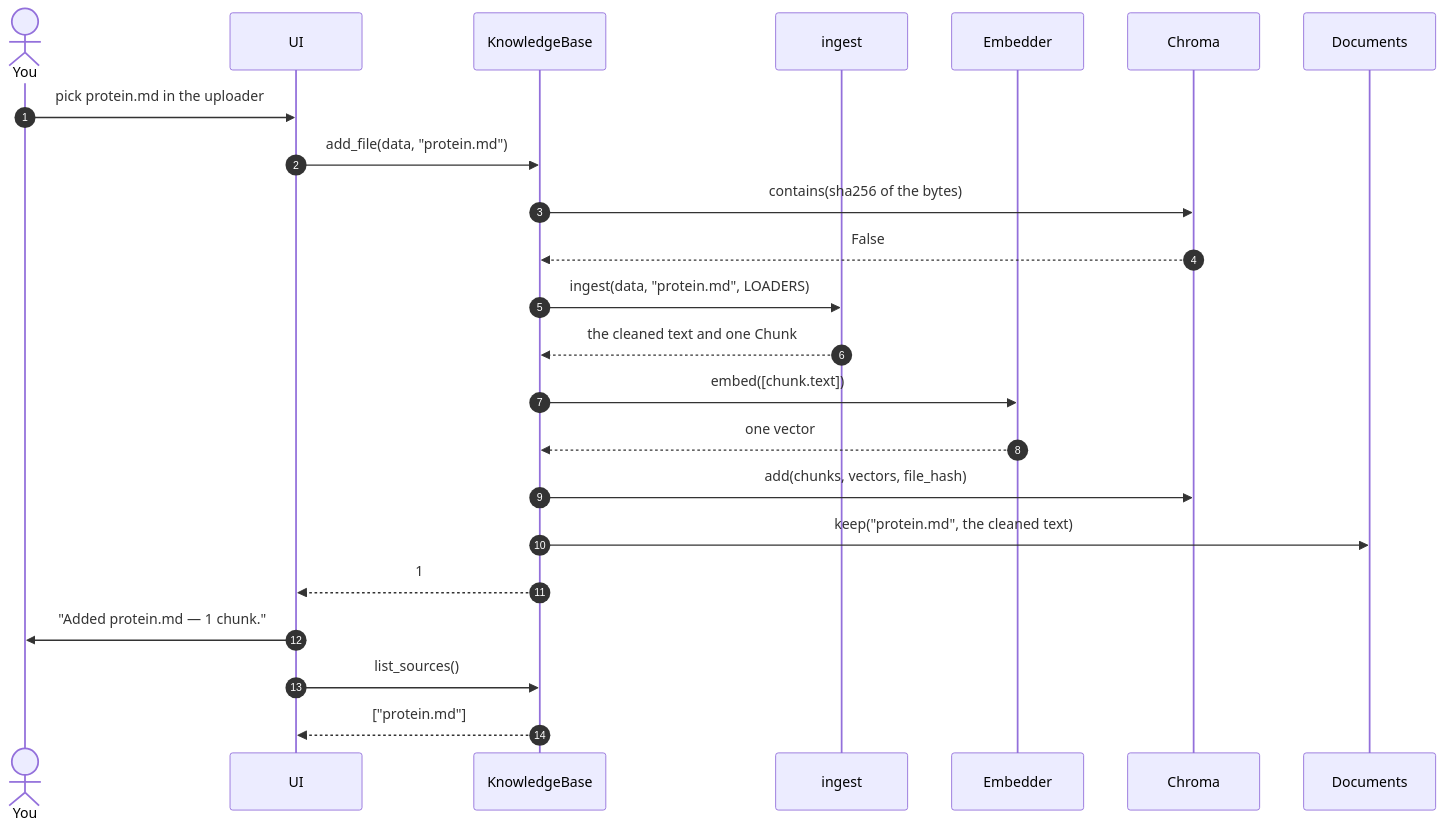
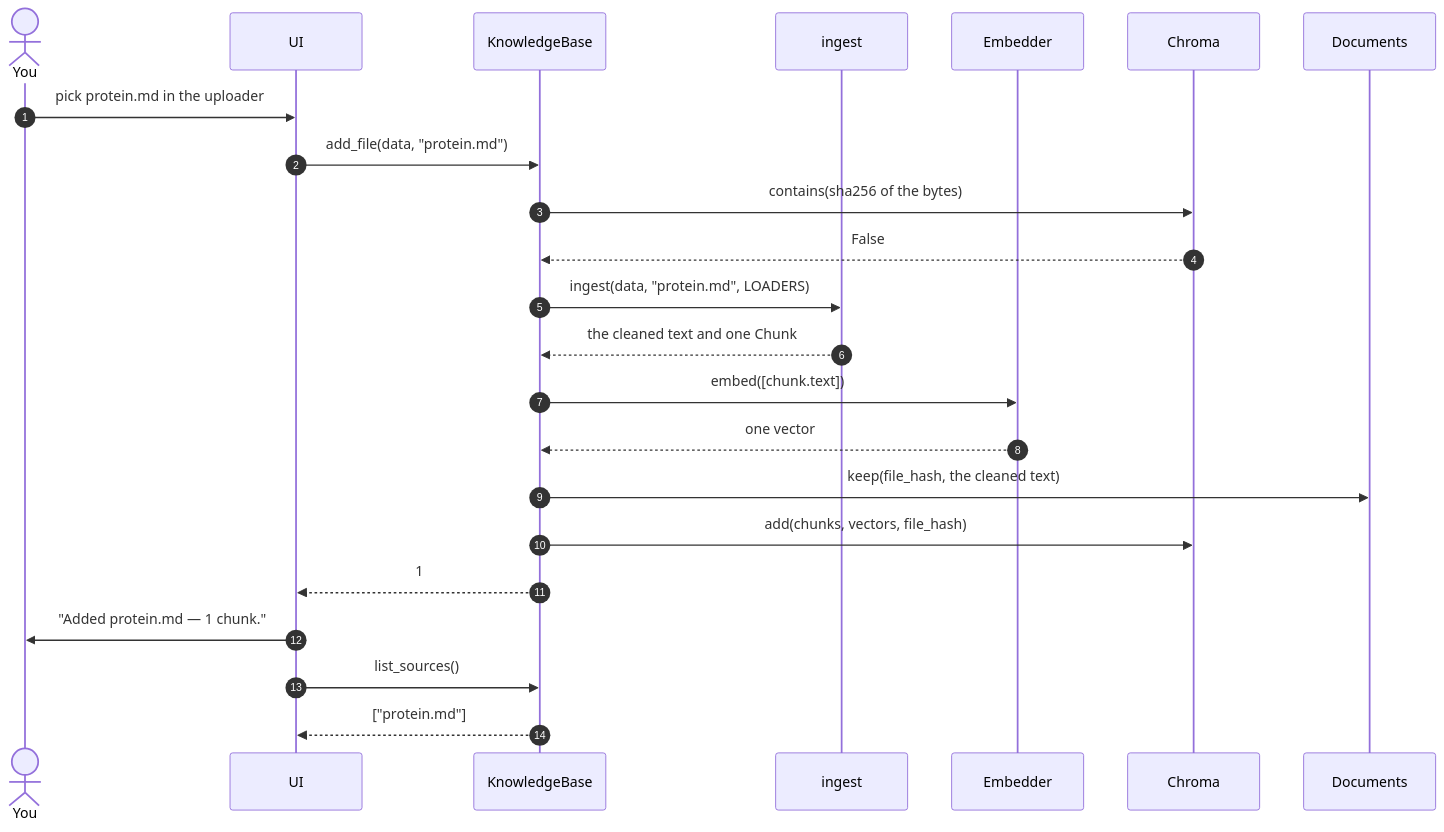
Before and after one commit to aschog/cora: the first of 3 diagrams in docs/happy-path.md, drawn with Mermaid. The commit also changed 11 other files, not shown here.

````diff
--- a/docs/happy-path.md
+++ b/docs/happy-path.md
@@ -15,26 +15,26 @@
 ```mermaid
 sequenceDiagram
   autonumber
   actor You
   participant UI
   participant KnowledgeBase
   participant ingest
   participant Embedder
   participant Chroma
   participant Documents
 
   You->>UI: pick protein.md in the uploader
   UI->>KnowledgeBase: add_file(data, "protein.md")
   KnowledgeBase->>Chroma: contains(sha256 of the bytes)
   Chroma-->>KnowledgeBase: False
   KnowledgeBase->>ingest: ingest(data, "protein.md", LOADERS)
   ingest-->>KnowledgeBase: the cleaned text and one Chunk
   KnowledgeBase->>Embedder: embed([chunk.text])
   Embedder-->>KnowledgeBase: one vector
+  KnowledgeBase->>Documents: keep(file_hash, the cleaned text)
   KnowledgeBase->>Chroma: add(chunks, vectors, file_hash)
-  KnowledgeBase->>Documents: keep("protein.md", the cleaned text)
   KnowledgeBase-->>UI: 1
   UI->>You: "Added protein.md — 1 chunk."
   UI->>KnowledgeBase: list_sources()
   KnowledgeBase-->>UI: ["protein.md"]
 ```
````
